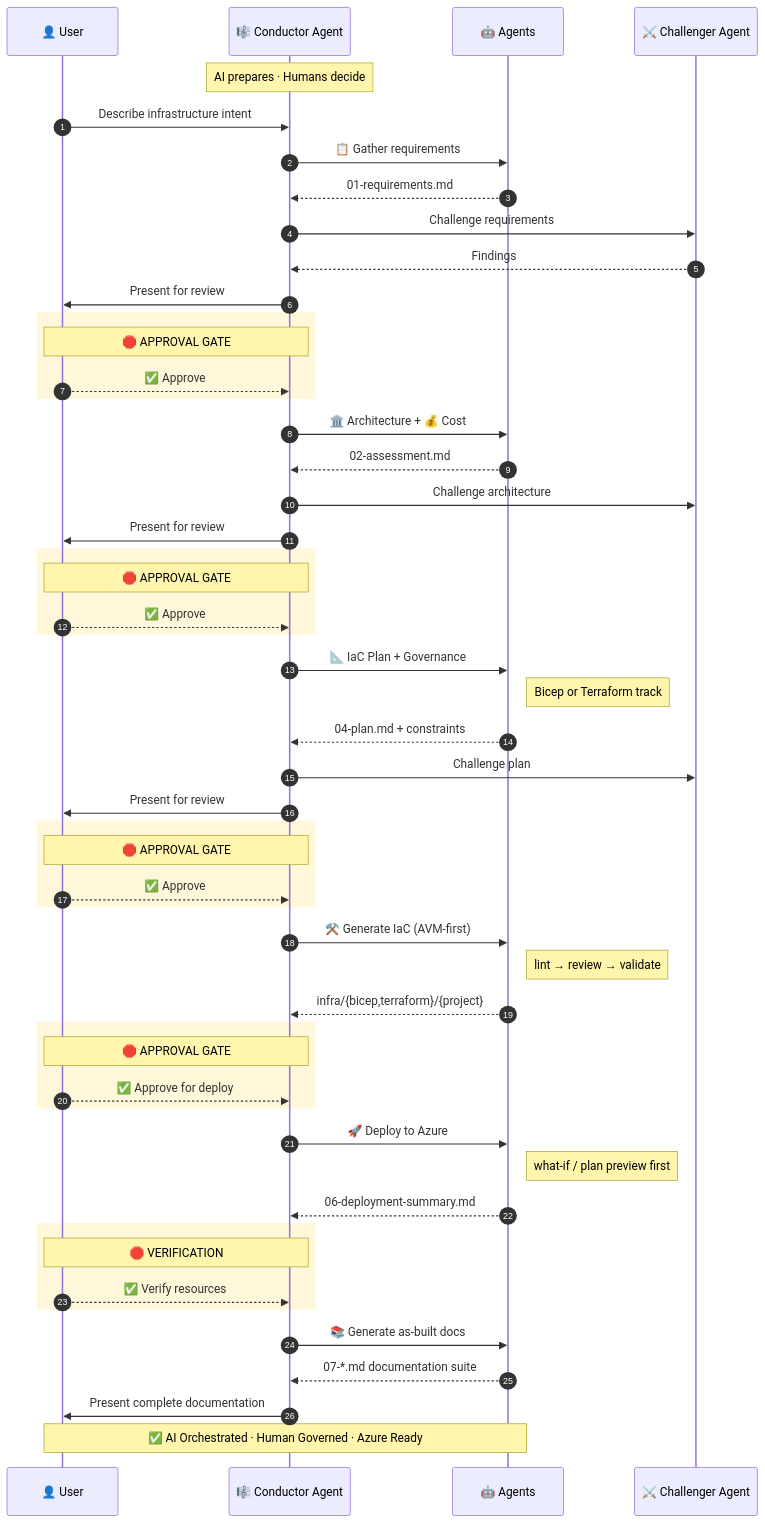
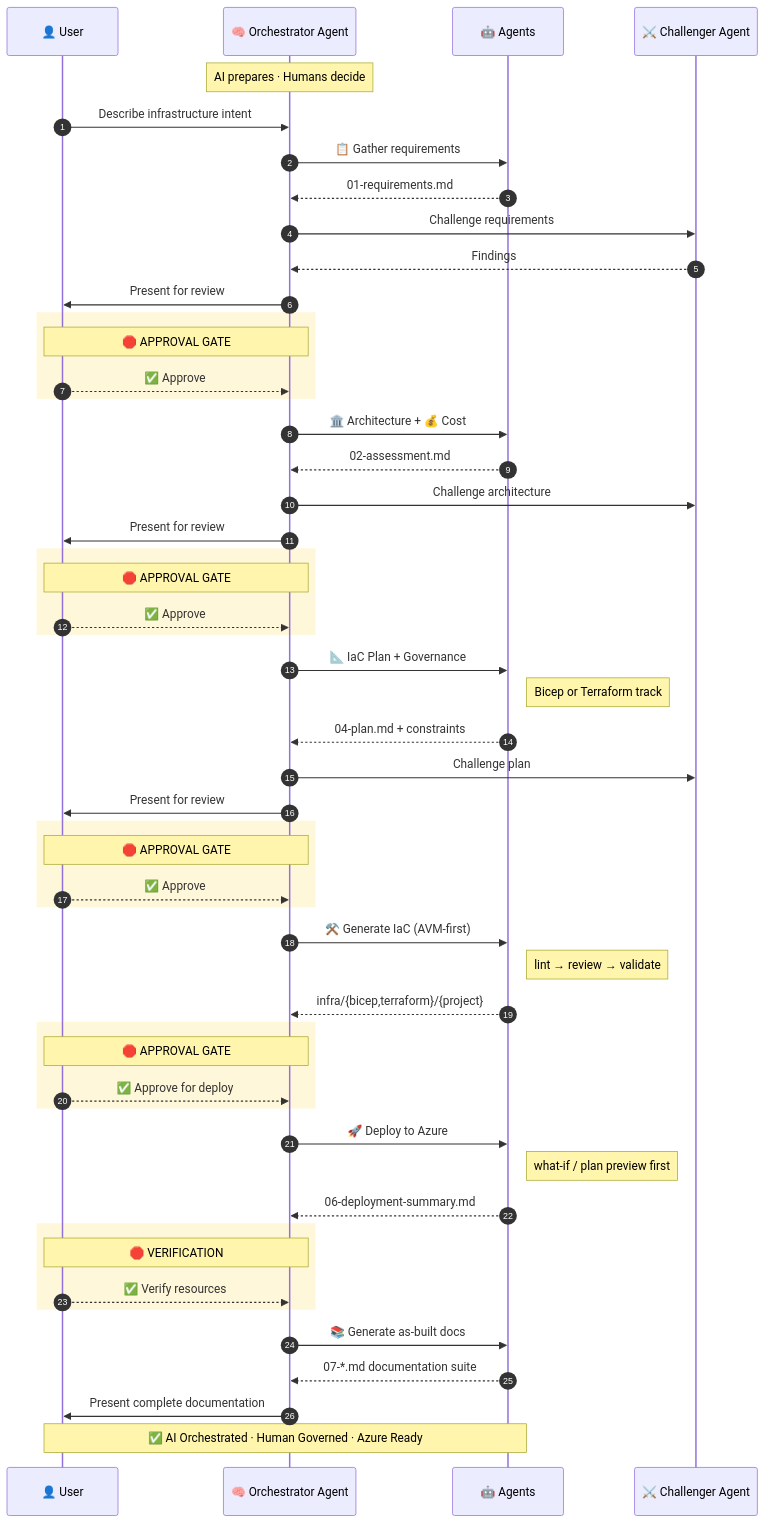
The diagram in docs/index.md (jonathan-vella/apex), drawn with Mermaid before and after one commit. The commit also changed other lines of this file and 253 other files, not shown here.

````diff
--- a/docs/index.md
+++ b/docs/index.md
@@ -18,67 +18,67 @@
 ```mermaid
 sequenceDiagram
     autonumber
     participant U as 👤 User
-    participant C as 🎼 Conductor Agent
+    participant C as 🧠 Orchestrator Agent
     participant Agents as 🤖 Agents
     participant X as ⚔️ Challenger Agent
 
     Note over C: AI prepares · Humans decide
 
     U->>C: Describe infrastructure intent
     C->>Agents: 📋 Gather requirements
     Agents-->>C: 01-requirements.md
     C->>X: Challenge requirements
     X-->>C: Findings
     C->>U: Present for review
 
     rect rgba(255, 200, 0, 0.15)
     Note over U,C: 🛑 APPROVAL GATE
     U-->>C: ✅ Approve
     end
 
     C->>Agents: 🏛️ Architecture + 💰 Cost
     Agents-->>C: 02-assessment.md
     C->>X: Challenge architecture
     C->>U: Present for review
 
     rect rgba(255, 200, 0, 0.15)
     Note over U,C: 🛑 APPROVAL GATE
     U-->>C: ✅ Approve
     end
 
     C->>Agents: 📐 IaC Plan + Governance
     Note right of Agents: Bicep or Terraform track
     Agents-->>C: 04-plan.md + constraints
     C->>X: Challenge plan
     C->>U: Present for review
 
     rect rgba(255, 200, 0, 0.15)
     Note over U,C: 🛑 APPROVAL GATE
     U-->>C: ✅ Approve
     end
 
     C->>Agents: ⚒️ Generate IaC (AVM-first)
     Note right of Agents: lint → review → validate
     Agents-->>C: infra/{bicep,terraform}/{project}
 
     rect rgba(255, 200, 0, 0.15)
     Note over U,C: 🛑 APPROVAL GATE
     U-->>C: ✅ Approve for deploy
     end
 
     C->>Agents: 🚀 Deploy to Azure
     Note right of Agents: what-if / plan preview first
     Agents-->>C: 06-deployment-summary.md
 
     rect rgba(255, 200, 0, 0.15)
     Note over U,C: 🛑 VERIFICATION
     U-->>C: ✅ Verify resources
     end
 
     C->>Agents: 📚 Generate as-built docs
     Agents-->>C: 07-*.md documentation suite
     C->>U: Present complete documentation
 
     Note over U,Agents: ✅ AI Orchestrated · Human Governed · Azure Ready
 ```
````
